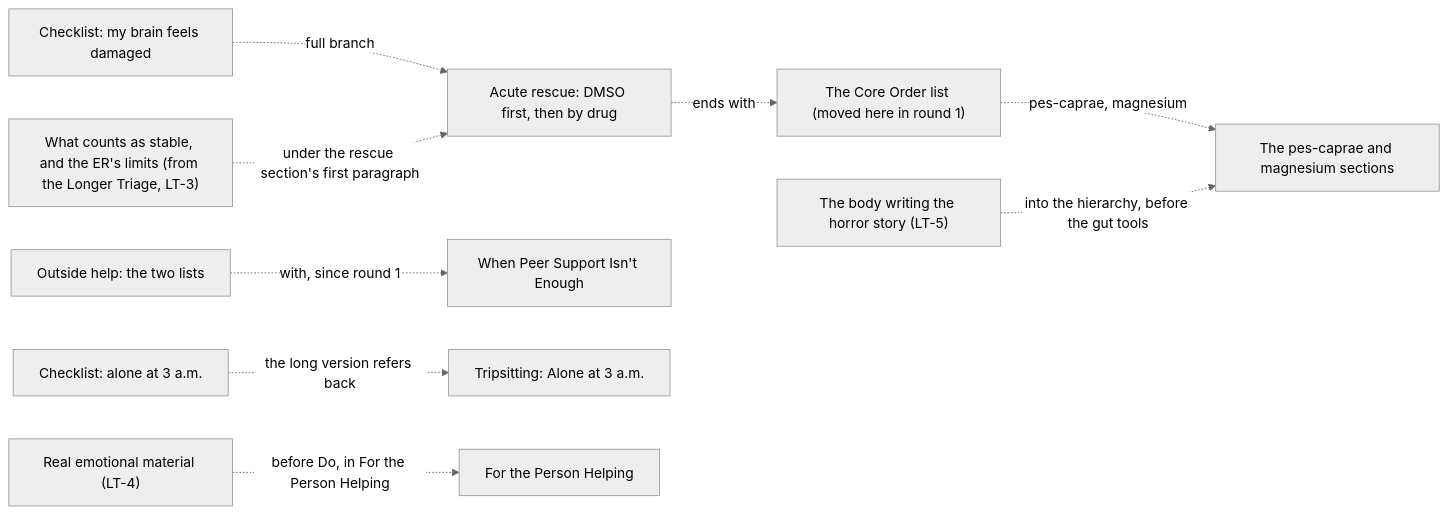
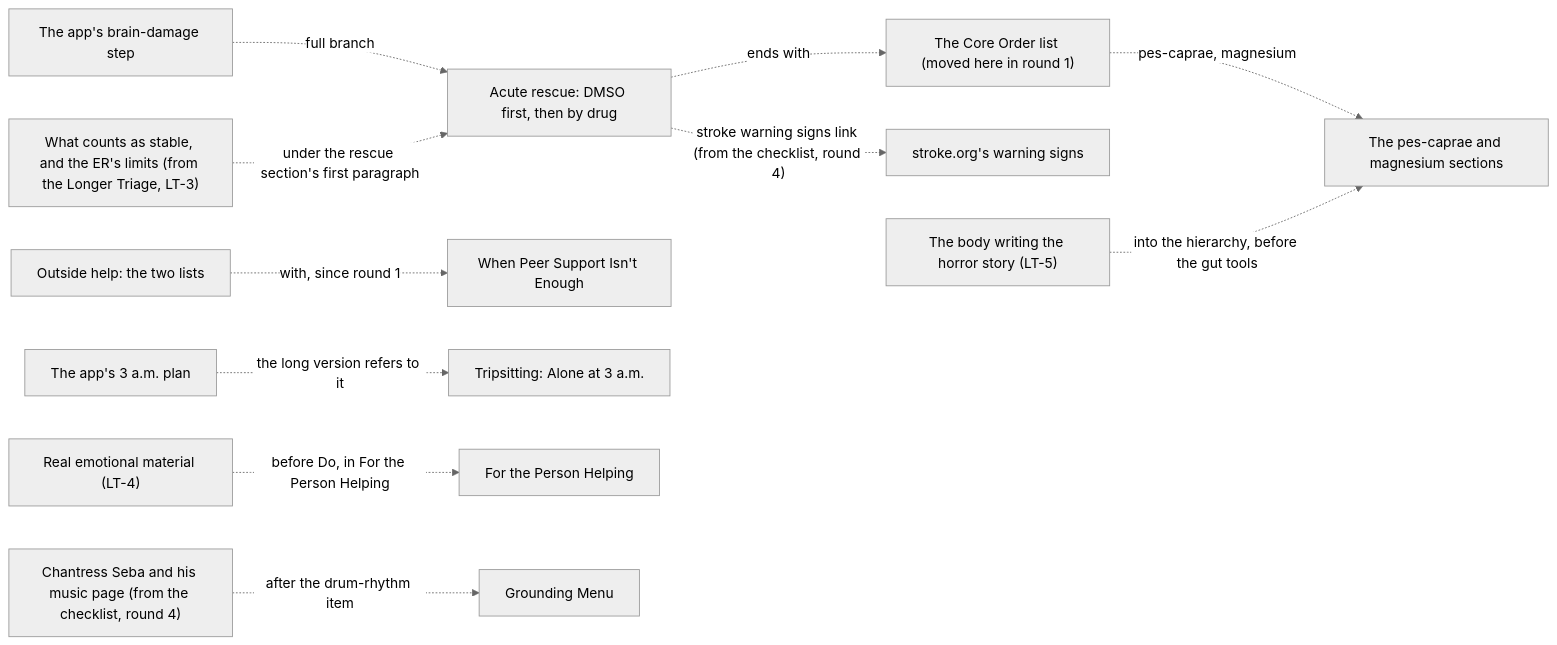
Before and after one commit to u-dont-existDOTcom/joel-articles: the second of 2 diagrams in articles/bad-trips/ARCHITECTURE.md, drawn with Mermaid (neutral theme). The commit also changed other lines of this file and 49 other files, not shown here.

First line of the commit message:
Bad Trips guide: his round-4 answers in, the checklist out with version 9 live, round 5's page for his CBD paragraph

````diff
--- a/articles/bad-trips/ARCHITECTURE.md
+++ b/articles/bad-trips/ARCHITECTURE.md
@@ -38,11 +43,13 @@
 ```mermaid
 flowchart LR
-    brain["Checklist: my brain feels damaged"] -. "full branch" .-> rescue["Acute rescue: DMSO first, then by drug"]
+    brain["The app's brain-damage step"] -. "full branch" .-> rescue["Acute rescue: DMSO first, then by drug"]
     rescue -. "ends with" .-> core["The Core Order list (moved here in round 1)"]
+    rescue -. "stroke warning signs link (from the checklist, round 4)" .-> stroke["stroke.org's warning signs"]
     core -. "pes-caprae, magnesium" .-> rem["The pes-caprae and magnesium sections"]
     help["Outside help: the two lists"] -. "with, since round 1" .-> peer["When Peer Support Isn't Enough"]
-    chk3am["Checklist: alone at 3 a.m."] -. "the long version refers back" .-> long3am["Tripsitting: Alone at 3 a.m."]
+    app3am["The app's 3 a.m. plan"] -. "the long version refers to it" .-> long3am["Tripsitting: Alone at 3 a.m."]
     stable["What counts as stable, and the ER's limits (from the Longer Triage, LT-3)"] -. "under the rescue section's first paragraph" .-> rescue
     emo["Real emotional material (LT-4)"] -. "before Do, in For the Person Helping" .-> sit2["For the Person Helping"]
     horror["The body writing the horror story (LT-5)"] -. "into the hierarchy, before the gut tools" .-> rem
+    seba["Chantress Seba and his music page (from the checklist, round 4)"] -. "after the drum-rhythm item" .-> ground["Grounding Menu"]
 ```
````
